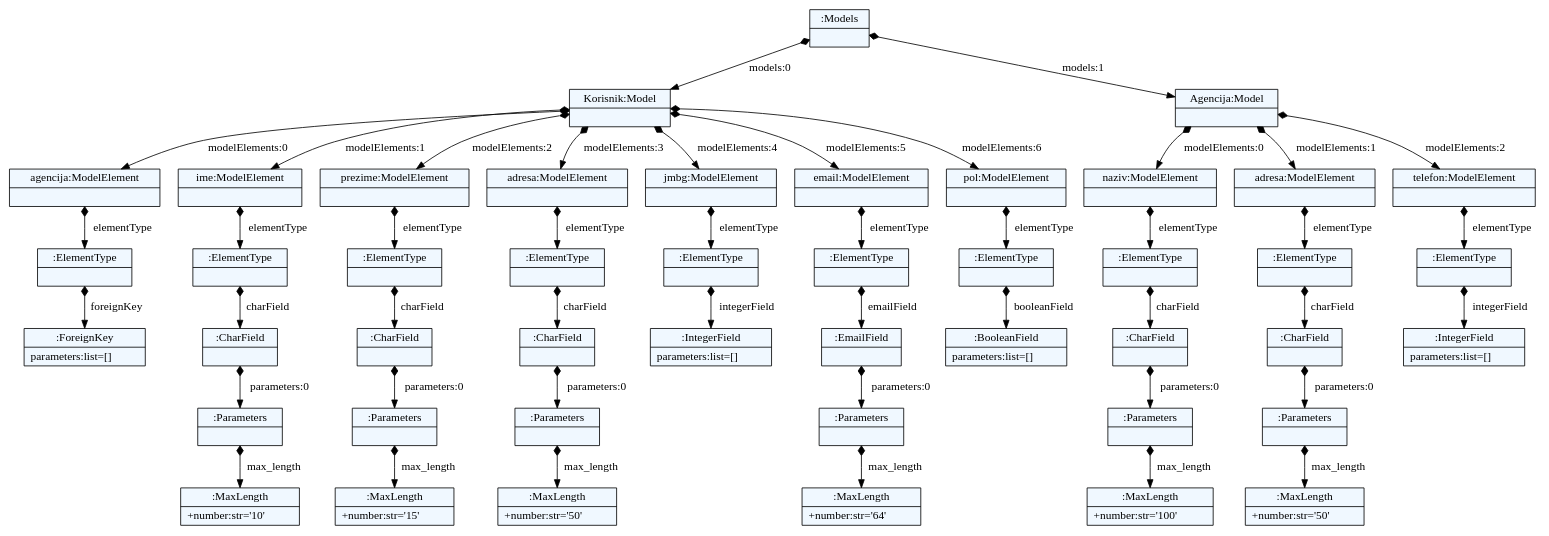
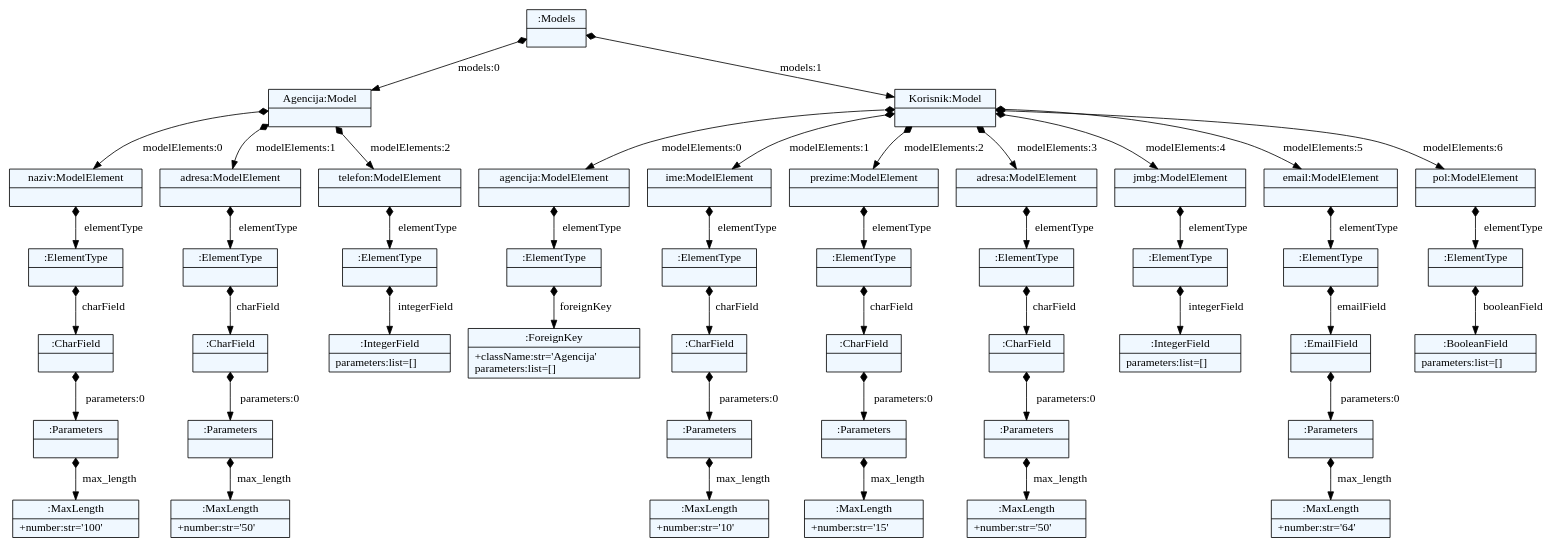
The diagram in JSD/test.dot (jovana992/jsd2017), drawn with Graphviz before and after one commit. The commit also changed 4 other files, not shown here.

Commit message:
Expanded ForeignKey rule with className.

```diff
--- a/JSD/test.dot
+++ b/JSD/test.dot
@@ -1,104 +1,104 @@
 
     digraph xtext {
     fontname = "Bitstream Vera Sans"
     fontsize = 8
     node[
         shape=record,
         style=filled,
         fillcolor=aliceblue
     ]
     nodesep = 0.3
     edge[dir=black,arrowtail=empty]
 
 
-1212414466872 -> 1212414467208 [label="models:0" arrowtail=diamond dir=both]
-1212414467208 -> 1212414460592 [label="modelElements:0" arrowtail=diamond dir=both]
-1212414460592 -> 1212414460368 [label="elementType" arrowtail=diamond dir=both]
-1212414460368 -> 1212414460536 [label="foreignKey" arrowtail=diamond dir=both]
-1212414460536[label="{:ForeignKey|parameters:list=[]\l}"]
-1212414460368[label="{:ElementType|}"]
-1212414460592[label="{agencija:ModelElement|}"]
-1212414467208 -> 1212414460200 [label="modelElements:1" arrowtail=diamond dir=both]
-1212414460200 -> 1212414460648 [label="elementType" arrowtail=diamond dir=both]
-1212414460648 -> 1212414460760 [label="charField" arrowtail=diamond dir=both]
-1212414460760 -> 1212414460984 [label="parameters:0" arrowtail=diamond dir=both]
-1212414460984 -> 1212414461096 [label="max_length" arrowtail=diamond dir=both]
-1212414461096[label="{:MaxLength|+number:str='10'\l}"]
-1212414460984[label="{:Parameters|}"]
-1212414460760[label="{:CharField|}"]
-1212414460648[label="{:ElementType|}"]
-1212414460200[label="{ime:ModelElement|}"]
-1212414467208 -> 1212414460256 [label="modelElements:2" arrowtail=diamond dir=both]
-1212414460256 -> 1212414460816 [label="elementType" arrowtail=diamond dir=both]
-1212414460816 -> 1212414460928 [label="charField" arrowtail=diamond dir=both]
-1212414460928 -> 1212414461320 [label="parameters:0" arrowtail=diamond dir=both]
-1212414461320 -> 1212414461376 [label="max_length" arrowtail=diamond dir=both]
-1212414461376[label="{:MaxLength|+number:str='15'\l}"]
-1212414461320[label="{:Parameters|}"]
-1212414460928[label="{:CharField|}"]
-1212414460816[label="{:ElementType|}"]
-1212414460256[label="{prezime:ModelElement|}"]
-1212414467208 -> 1212414460424 [label="modelElements:3" arrowtail=diamond dir=both]
-1212414460424 -> 1212414461040 [label="elementType" arrowtail=diamond dir=both]
-1212414461040 -> 1212414461208 [label="charField" arrowtail=diamond dir=both]
-1212414461208 -> 1212414461600 [label="parameters:0" arrowtail=diamond dir=both]
-1212414461600 -> 1212414461656 [label="max_length" arrowtail=diamond dir=both]
-1212414461656[label="{:MaxLength|+number:str='50'\l}"]
-1212414461600[label="{:Parameters|}"]
-1212414461208[label="{:CharField|}"]
-1212414461040[label="{:ElementType|}"]
-1212414460424[label="{adresa:ModelElement|}"]
-1212414467208 -> 1212414460704 [label="modelElements:4" arrowtail=diamond dir=both]
-1212414460704 -> 1212414461264 [label="elementType" arrowtail=diamond dir=both]
-1212414461264 -> 1212414461488 [label="integerField" arrowtail=diamond dir=both]
-1212414461488[label="{:IntegerField|parameters:list=[]\l}"]
-1212414461264[label="{:ElementType|}"]
-1212414460704[label="{jmbg:ModelElement|}"]
-1212414467208 -> 1212414460872 [label="modelElements:5" arrowtail=diamond dir=both]
-1212414460872 -> 1212414461544 [label="elementType" arrowtail=diamond dir=both]
-1212414461544 -> 1212414461768 [label="emailField" arrowtail=diamond dir=both]
-1212414461768 -> 1212414461992 [label="parameters:0" arrowtail=diamond dir=both]
-1212414461992 -> 1212414462104 [label="max_length" arrowtail=diamond dir=both]
-1212414462104[label="{:MaxLength|+number:str='64'\l}"]
-1212414461992[label="{:Parameters|}"]
-1212414461768[label="{:EmailField|}"]
-1212414461544[label="{:ElementType|}"]
-1212414460872[label="{email:ModelElement|}"]
-1212414467208 -> 1212414461152 [label="modelElements:6" arrowtail=diamond dir=both]
-1212414461152 -> 1212414461880 [label="elementType" arrowtail=diamond dir=both]
-1212414461880 -> 1212414438592 [label="booleanField" arrowtail=diamond dir=both]
-1212414438592[label="{:BooleanField|parameters:list=[]\l}"]
-1212414461880[label="{:ElementType|}"]
-1212414461152[label="{pol:ModelElement|}"]
-1212414467208[label="{Korisnik:Model|}"]
-1212414466872 -> 1212414467264 [label="models:1" arrowtail=diamond dir=both]
-1212414467264 -> 1212414461432 [label="modelElements:0" arrowtail=diamond dir=both]
-1212414461432 -> 1212414461936 [label="elementType" arrowtail=diamond dir=both]
-1212414461936 -> 1212414462216 [label="charField" arrowtail=diamond dir=both]
-1212414462216 -> 1212414462440 [label="parameters:0" arrowtail=diamond dir=both]
-1212414462440 -> 1212414462552 [label="max_length" arrowtail=diamond dir=both]
-1212414462552[label="{:MaxLength|+number:str='100'\l}"]
-1212414462440[label="{:Parameters|}"]
-1212414462216[label="{:CharField|}"]
-1212414461936[label="{:ElementType|}"]
-1212414461432[label="{naziv:ModelElement|}"]
-1212414467264 -> 1212414461824 [label="modelElements:1" arrowtail=diamond dir=both]
-1212414461824 -> 1212414462328 [label="elementType" arrowtail=diamond dir=both]
-1212414462328 -> 1212414462384 [label="charField" arrowtail=diamond dir=both]
-1212414462384 -> 1212414462776 [label="parameters:0" arrowtail=diamond dir=both]
-1212414462776 -> 1212414462832 [label="max_length" arrowtail=diamond dir=both]
-1212414462832[label="{:MaxLength|+number:str='50'\l}"]
-1212414462776[label="{:Parameters|}"]
-1212414462384[label="{:CharField|}"]
-1212414462328[label="{:ElementType|}"]
-1212414461824[label="{adresa:ModelElement|}"]
-1212414467264 -> 1212414462048 [label="modelElements:2" arrowtail=diamond dir=both]
-1212414462048 -> 1212414462496 [label="elementType" arrowtail=diamond dir=both]
-1212414462496 -> 1212414462664 [label="integerField" arrowtail=diamond dir=both]
-1212414462664[label="{:IntegerField|parameters:list=[]\l}"]
-1212414462496[label="{:ElementType|}"]
-1212414462048[label="{telefon:ModelElement|}"]
-1212414467264[label="{Agencija:Model|}"]
-1212414466872[label="{:Models|}"]
+2284993162264 -> 2284993162488 [label="models:0" arrowtail=diamond dir=both]
+2284993162488 -> 2284993151384 [label="modelElements:0" arrowtail=diamond dir=both]
+2284993151384 -> 2284993151720 [label="elementType" arrowtail=diamond dir=both]
+2284993151720 -> 2284993151832 [label="charField" arrowtail=diamond dir=both]
+2284993151832 -> 2284993152056 [label="parameters:0" arrowtail=diamond dir=both]
+2284993152056 -> 2284993152168 [label="max_length" arrowtail=diamond dir=both]
+2284993152168[label="{:MaxLength|+number:str='100'\l}"]
+2284993152056[label="{:Parameters|}"]
+2284993151832[label="{:CharField|}"]
+2284993151720[label="{:ElementType|}"]
+2284993151384[label="{naziv:ModelElement|}"]
+2284993162488 -> 2284983871696 [label="modelElements:1" arrowtail=diamond dir=both]
+2284983871696 -> 2284993151776 [label="elementType" arrowtail=diamond dir=both]
+2284993151776 -> 2284993151944 [label="charField" arrowtail=diamond dir=both]
+2284993151944 -> 2284993152336 [label="parameters:0" arrowtail=diamond dir=both]
+2284993152336 -> 2284993152392 [label="max_length" arrowtail=diamond dir=both]
+2284993152392[label="{:MaxLength|+number:str='50'\l}"]
+2284993152336[label="{:Parameters|}"]
+2284993151944[label="{:CharField|}"]
+2284993151776[label="{:ElementType|}"]
+2284983871696[label="{adresa:ModelElement|}"]
+2284993162488 -> 2284993151552 [label="modelElements:2" arrowtail=diamond dir=both]
+2284993151552 -> 2284993152000 [label="elementType" arrowtail=diamond dir=both]
+2284993152000 -> 2284993152224 [label="integerField" arrowtail=diamond dir=both]
+2284993152224[label="{:IntegerField|parameters:list=[]\l}"]
+2284993152000[label="{:ElementType|}"]
+2284993151552[label="{telefon:ModelElement|}"]
+2284993162488[label="{Agencija:Model|}"]
+2284993162264 -> 2284993151216 [label="models:1" arrowtail=diamond dir=both]
+2284993151216 -> 2284993151608 [label="modelElements:0" arrowtail=diamond dir=both]
+2284993151608 -> 2284993152448 [label="elementType" arrowtail=diamond dir=both]
+2284993152448 -> 2284993152616 [label="foreignKey" arrowtail=diamond dir=both]
+2284993152616[label="{:ForeignKey|+className:str='Agencija'\lparameters:list=[]\l}"]
+2284993152448[label="{:ElementType|}"]
+2284993151608[label="{agencija:ModelElement|}"]
+2284993151216 -> 2284993152112 [label="modelElements:1" arrowtail=diamond dir=both]
+2284993152112 -> 2284993152560 [label="elementType" arrowtail=diamond dir=both]
+2284993152560 -> 2284993152784 [label="charField" arrowtail=diamond dir=both]
+2284993152784 -> 2284993152952 [label="parameters:0" arrowtail=diamond dir=both]
+2284993152952 -> 2284993153064 [label="max_length" arrowtail=diamond dir=both]
+2284993153064[label="{:MaxLength|+number:str='10'\l}"]
+2284993152952[label="{:Parameters|}"]
+2284993152784[label="{:CharField|}"]
+2284993152560[label="{:ElementType|}"]
+2284993152112[label="{ime:ModelElement|}"]
+2284993151216 -> 2284993152280 [label="modelElements:2" arrowtail=diamond dir=both]
+2284993152280 -> 2284993152728 [label="elementType" arrowtail=diamond dir=both]
+2284993152728 -> 2284993152896 [label="charField" arrowtail=diamond dir=both]
+2284993152896 -> 2284993153288 [label="parameters:0" arrowtail=diamond dir=both]
+2284993153288 -> 2284993153344 [label="max_length" arrowtail=diamond dir=both]
+2284993153344[label="{:MaxLength|+number:str='15'\l}"]
+2284993153288[label="{:Parameters|}"]
+2284993152896[label="{:CharField|}"]
+2284993152728[label="{:ElementType|}"]
+2284993152280[label="{prezime:ModelElement|}"]
+2284993151216 -> 2284993152504 [label="modelElements:3" arrowtail=diamond dir=both]
+2284993152504 -> 2284993153008 [label="elementType" arrowtail=diamond dir=both]
+2284993153008 -> 2284993153176 [label="charField" arrowtail=diamond dir=both]
+2284993153176 -> 2284993153568 [label="parameters:0" arrowtail=diamond dir=both]
+2284993153568 -> 2284993153624 [label="max_length" arrowtail=diamond dir=both]
+2284993153624[label="{:MaxLength|+number:str='50'\l}"]
+2284993153568[label="{:Parameters|}"]
+2284993153176[label="{:CharField|}"]
+2284993153008[label="{:ElementType|}"]
+2284993152504[label="{adresa:ModelElement|}"]
+2284993151216 -> 2284993152672 [label="modelElements:4" arrowtail=diamond dir=both]
+2284993152672 -> 2284993153232 [label="elementType" arrowtail=diamond dir=both]
+2284993153232 -> 2284993153456 [label="integerField" arrowtail=diamond dir=both]
+2284993153456[label="{:IntegerField|parameters:list=[]\l}"]
+2284993153232[label="{:ElementType|}"]
+2284993152672[label="{jmbg:ModelElement|}"]
+2284993151216 -> 2284993152840 [label="modelElements:5" arrowtail=diamond dir=both]
+2284993152840 -> 2284993153512 [label="elementType" arrowtail=diamond dir=both]
+2284993153512 -> 2284993153736 [label="emailField" arrowtail=diamond dir=both]
+2284993153736 -> 2284993153960 [label="parameters:0" arrowtail=diamond dir=both]
+2284993153960 -> 2284993154072 [label="max_length" arrowtail=diamond dir=both]
+2284993154072[label="{:MaxLength|+number:str='64'\l}"]
+2284993153960[label="{:Parameters|}"]
+2284993153736[label="{:EmailField|}"]
+2284993153512[label="{:ElementType|}"]
+2284993152840[label="{email:ModelElement|}"]
+2284993151216 -> 2284993153120 [label="modelElements:6" arrowtail=diamond dir=both]
+2284993153120 -> 2284993153848 [label="elementType" arrowtail=diamond dir=both]
+2284993153848 -> 2284993153904 [label="booleanField" arrowtail=diamond dir=both]
+2284993153904[label="{:BooleanField|parameters:list=[]\l}"]
+2284993153848[label="{:ElementType|}"]
+2284993153120[label="{pol:ModelElement|}"]
+2284993151216[label="{Korisnik:Model|}"]
+2284993162264[label="{:Models|}"]
 
 }
```
